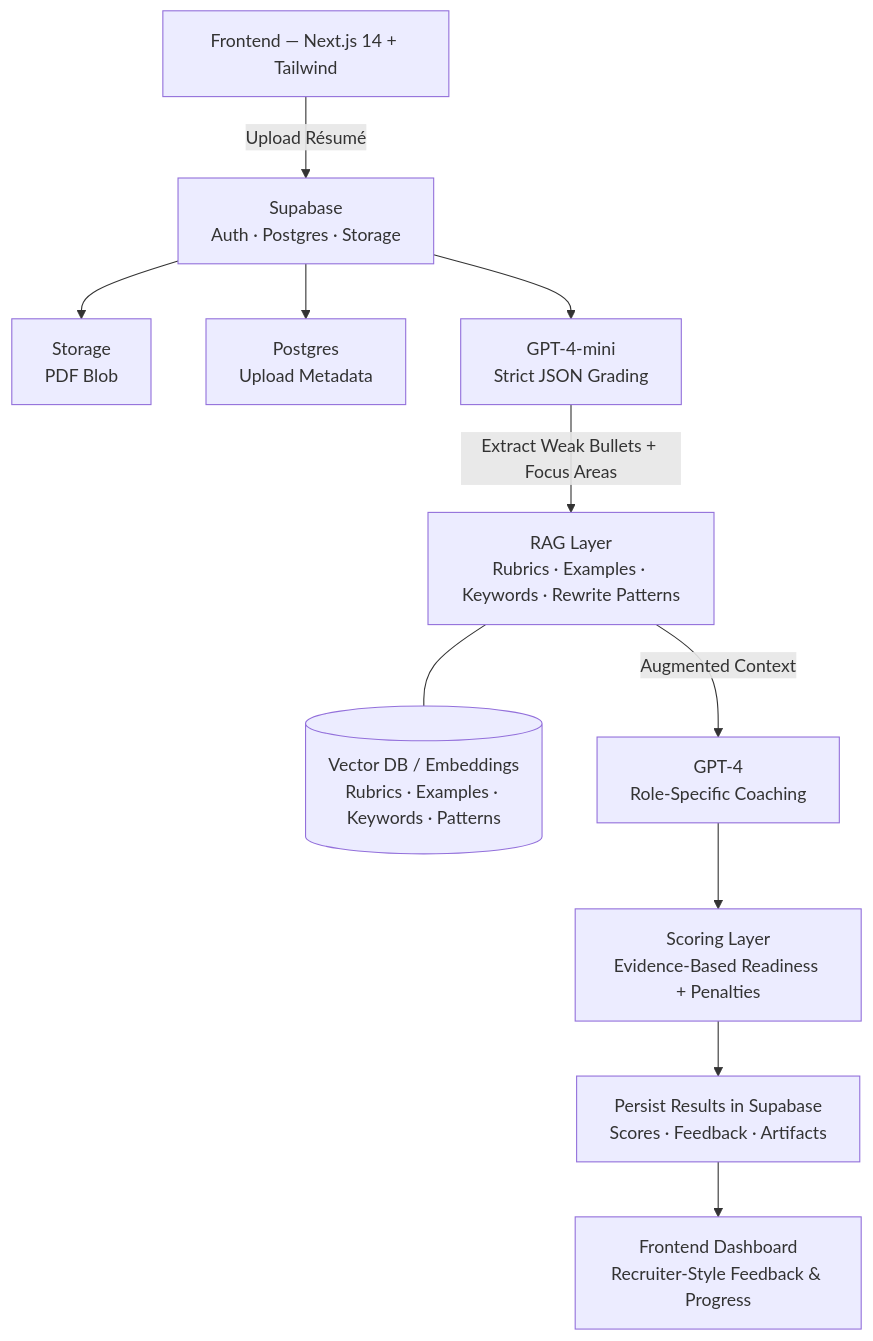
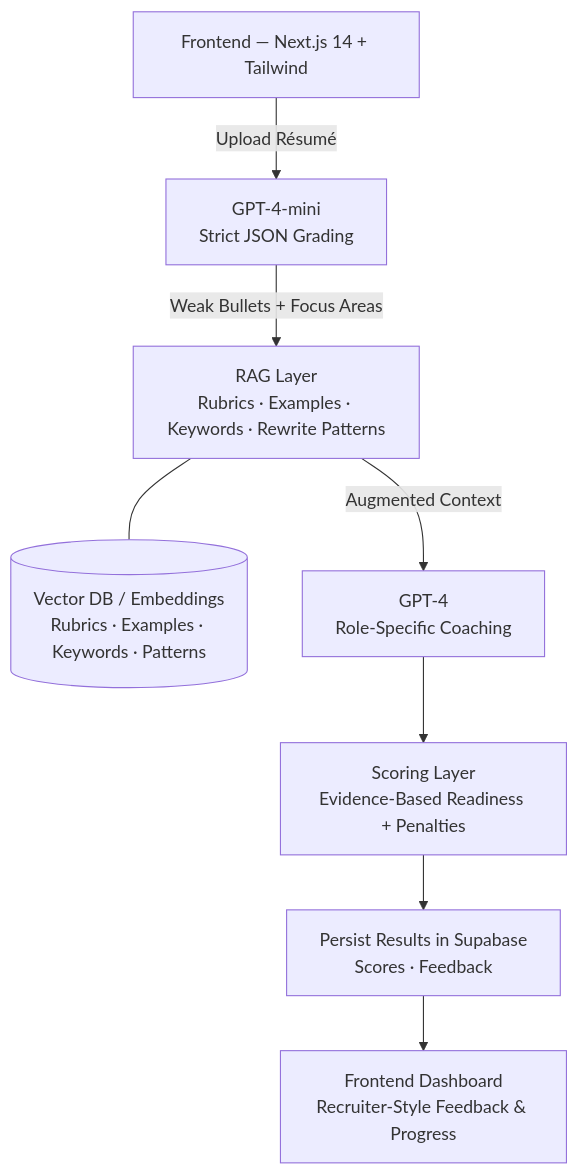
Before and after one commit to Sahil24680/CVReady.ai: the diagram in README.md, drawn with Mermaid.

Commit message:
updated architecutre

````diff
--- a/README.md
+++ b/README.md
@@ -156,28 +156,23 @@
 ```mermaid
 flowchart TB
-    %% Top: user entry
-    A[Frontend — Next.js 14 + Tailwind] -->|Upload Résumé| B[Supabase<br/>Auth · Postgres · Storage]
+    %% User entry
+    A[Frontend — Next.js 14 + Tailwind] -->|Upload Résumé| C[GPT-4-mini<br/>Strict JSON Grading]
 
-    %% Ingest branches
-    B --> B1[Storage<br/>PDF Blob]
-    B --> B2[Postgres<br/>Upload Metadata]
+    %% Mini model grading
+    C -->|Weak Bullets + Focus Areas| D[RAG Layer<br/>Rubrics · Examples · Keywords · Rewrite Patterns]
 
-    %% Mini model grading first
-    B --> C[GPT-4-mini<br/>Strict JSON Grading]
-    C -->|Extract Weak Bullets + Focus Areas| D[RAG Layer<br/>Rubrics · Examples · Keywords · Rewrite Patterns]
-
-    %% RAG retrieval source (side branch)
+    %% RAG retrieval source
     D --- V[(Vector DB / Embeddings<br/>Rubrics · Examples · Keywords · Patterns)]
 
     %% Big model coaching
     D -->|Augmented Context| E[GPT-4<br/>Role-Specific Coaching]
 
-    %% Scoring AFTER final model
+    %% Scoring after big model
     E --> F[Scoring Layer<br/>Evidence-Based Readiness + Penalties]
 
-    %% STORE before display
-    F --> S[Persist Results in Supabase<br/>Scores · Feedback · Artifacts]
+    %% Store final results
+    F --> S[Persist Results in Supabase<br/>Scores · Feedback]
 
-    %% Finally render to UI
+    %% Display to user
     S --> H[Frontend Dashboard<br/>Recruiter-Style Feedback & Progress]
 ```
````
